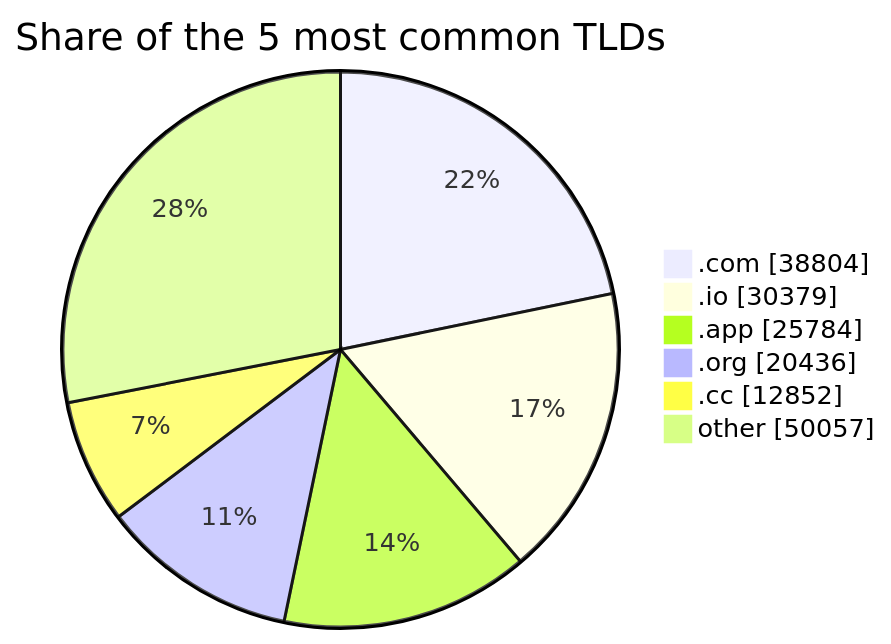
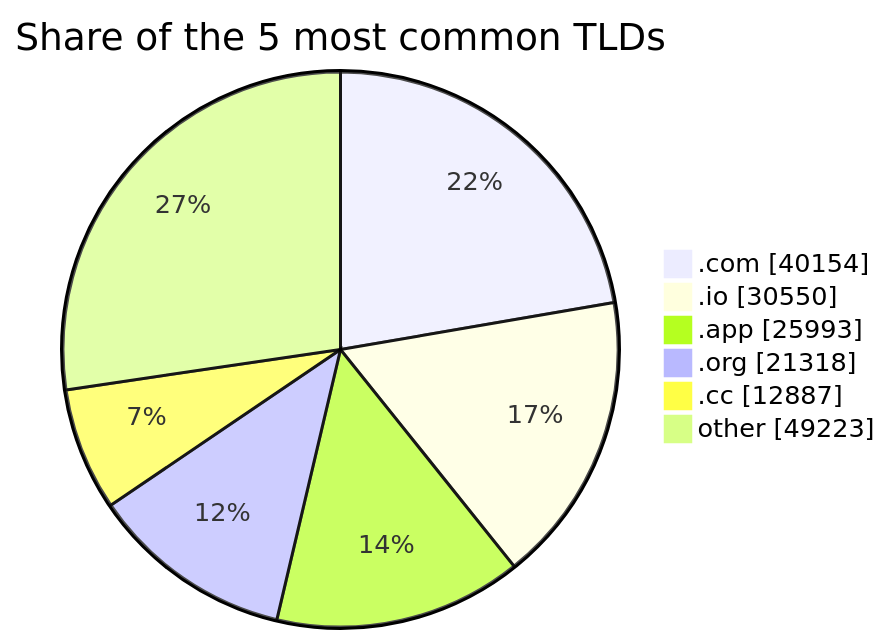
The third of 3 diagrams in README.md (DNSBunker/CTI), drawn with Mermaid before and after one commit. The commit also changed other lines of this file and 3 other files, not shown here.

````diff
--- a/README.md
+++ b/README.md
@@ -81,9 +81,9 @@
 ```mermaid
 pie showData title Share of the 5 most common TLDs
-    ".com" : 38804
-    ".io" : 30379
-    ".app" : 25784
-    ".org" : 20436
-    ".cc" : 12852
-    "other" : 50057
+    ".com" : 40154
+    ".io" : 30550
+    ".app" : 25993
+    ".org" : 21318
+    ".cc" : 12887
+    "other" : 49223
 ```
````
